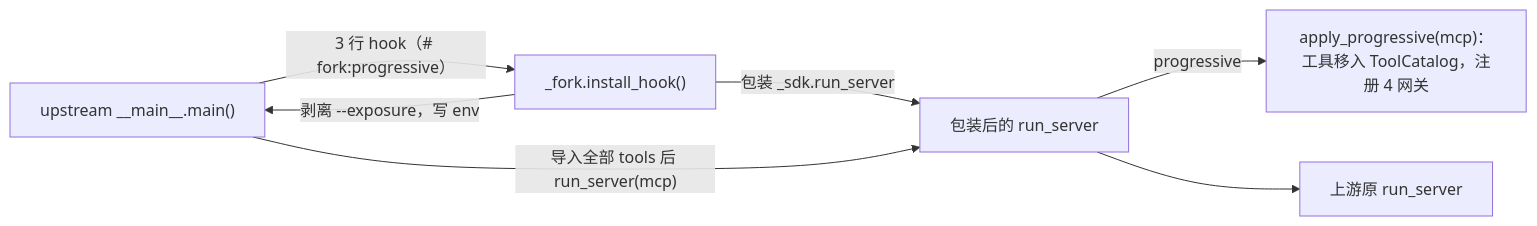
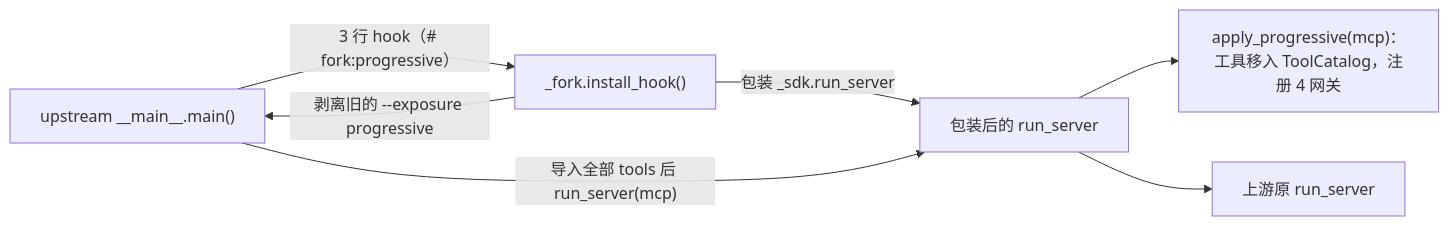
One commit to marble810/fxhoudinimcp changed the diagram in .fork/README.md. Above: the diagram before and after it, drawn with Mermaid. The commit also changed other lines of this file and 4 other files, not shown here.

````diff
--- a/.fork/README.md
+++ b/.fork/README.md
@@ -25,9 +24,9 @@
 ```mermaid
 flowchart LR
     main["upstream __main__.main()"] -->|"3 行 hook（# fork:progressive）"| install["_fork.install_hook()"]
-    install -->|"剥离 --exposure，写 env"| main
+    install -->|"剥离旧的 --exposure progressive"| main
     install -->|"包装 _sdk.run_server"| wrap
     main -->|"导入全部 tools 后 run_server(mcp)"| wrap["包装后的 run_server"]
-    wrap -->|"progressive"| apply["apply_progressive(mcp)：工具移入 ToolCatalog，注册 4 网关"]
+    wrap --> apply["apply_progressive(mcp)：工具移入 ToolCatalog，注册 4 网关"]
     wrap --> run["上游原 run_server"]
 ```
````
